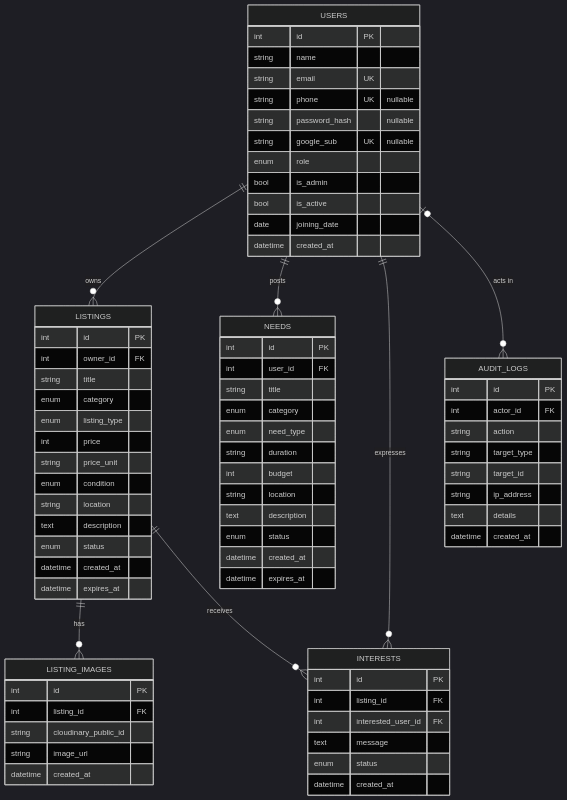
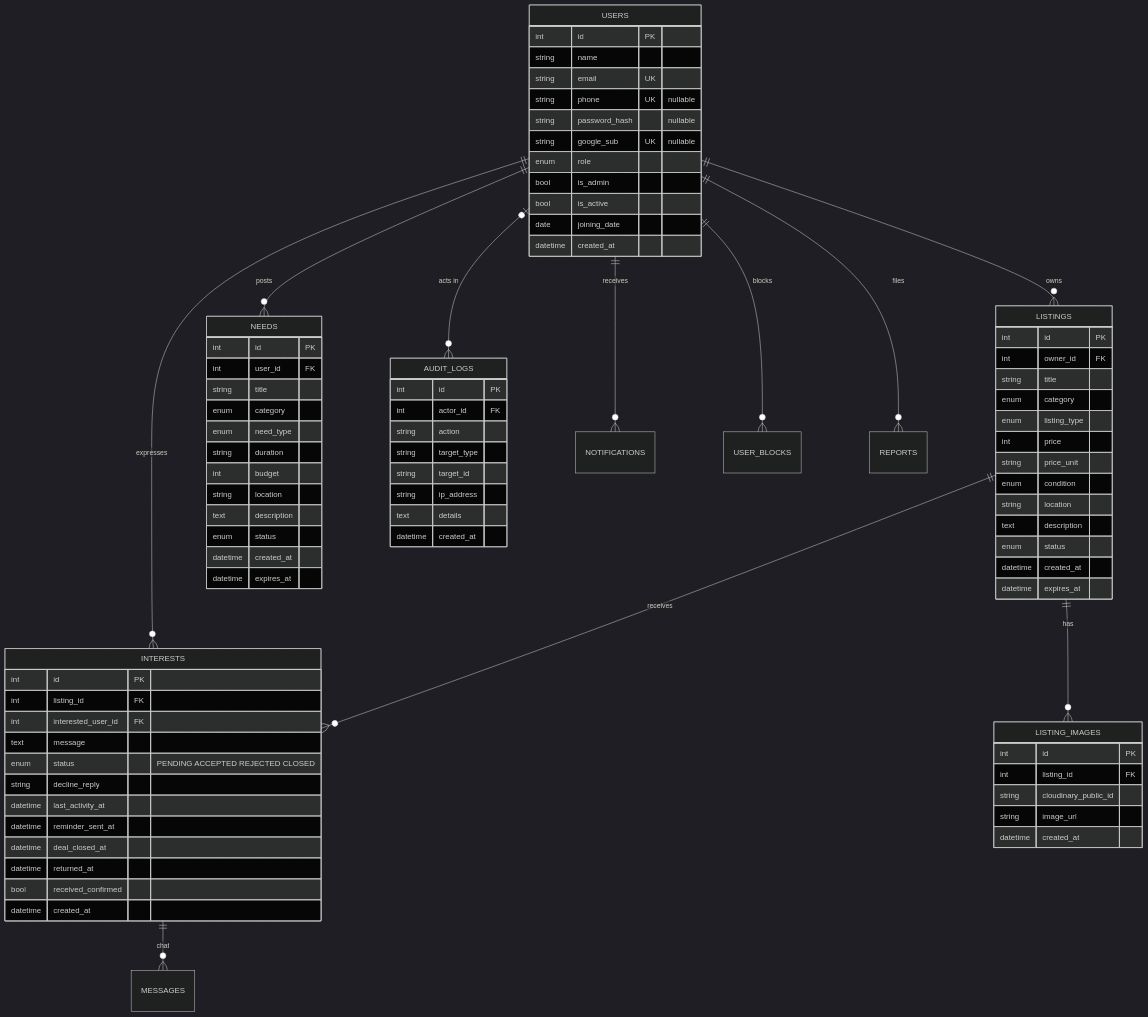
Before and after one commit to VanshGoel-001/InfyExchange: the first of 3 diagrams in wiki/Data-Model.md, drawn with Mermaid (dark theme). The commit also changed other lines of this file and 13 other files, not shown here.

```diff
--- a/wiki/Data-Model.md
+++ b/wiki/Data-Model.md
@@ -12,6 +12,10 @@
     USERS |o--o{ AUDIT_LOGS : "acts in"
     LISTINGS ||--o{ LISTING_IMAGES : has
     LISTINGS ||--o{ INTERESTS : receives
+    INTERESTS ||--o{ MESSAGES : "chat"
+    USERS ||--o{ NOTIFICATIONS : receives
+    USERS ||--o{ USER_BLOCKS : blocks
+    USERS ||--o{ REPORTS : files
 
     USERS {
         int id PK
@@ -53,7 +57,13 @@
         int listing_id FK
         int interested_user_id FK
         text message
-        enum status
+        enum status "PENDING ACCEPTED REJECTED CLOSED"
+        string decline_reply
+        datetime last_activity_at
+        datetime reminder_sent_at
+        datetime deal_closed_at
+        datetime returned_at
+        bool received_confirmed
         datetime created_at
     }
     NEEDS {
```
